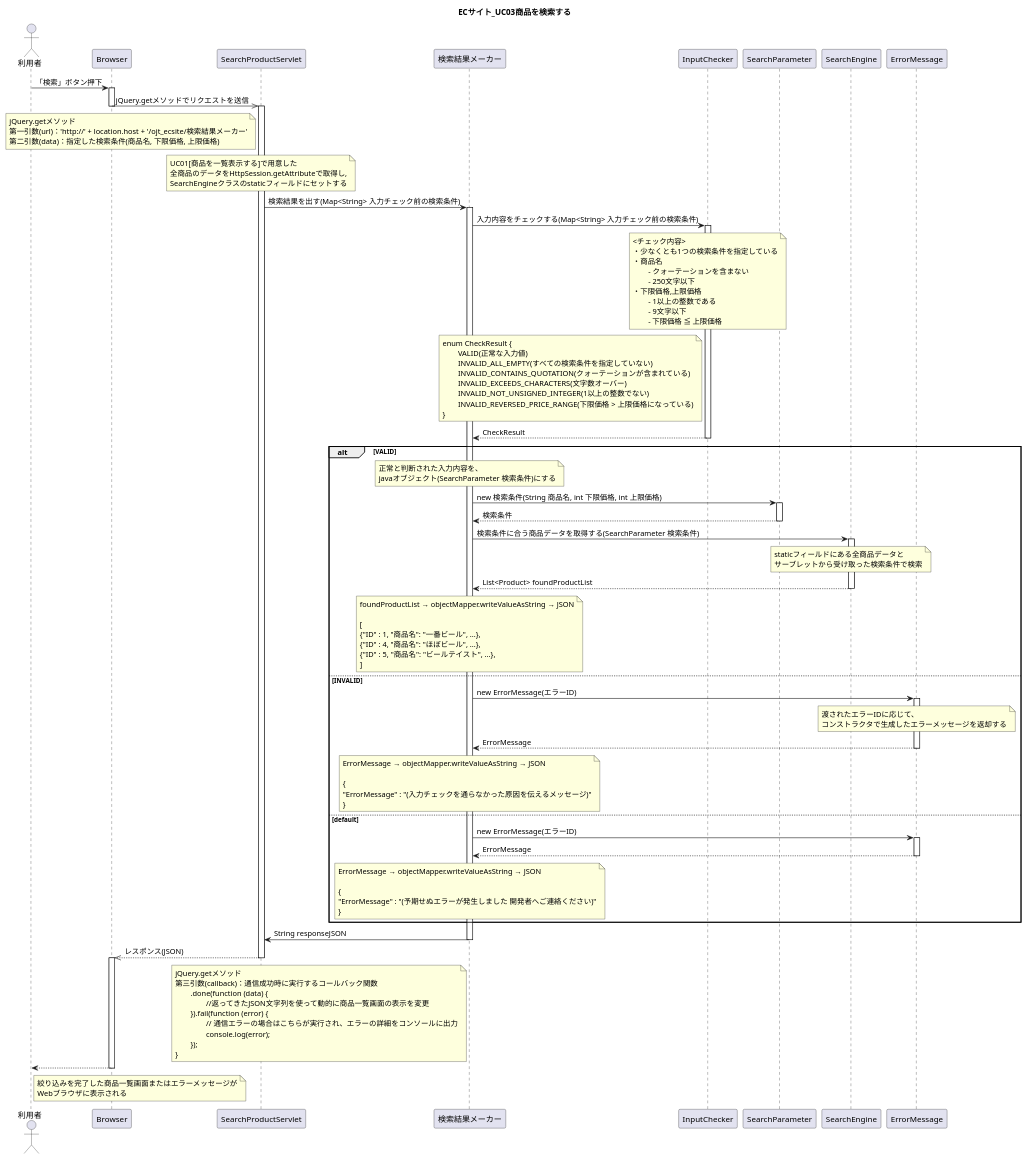
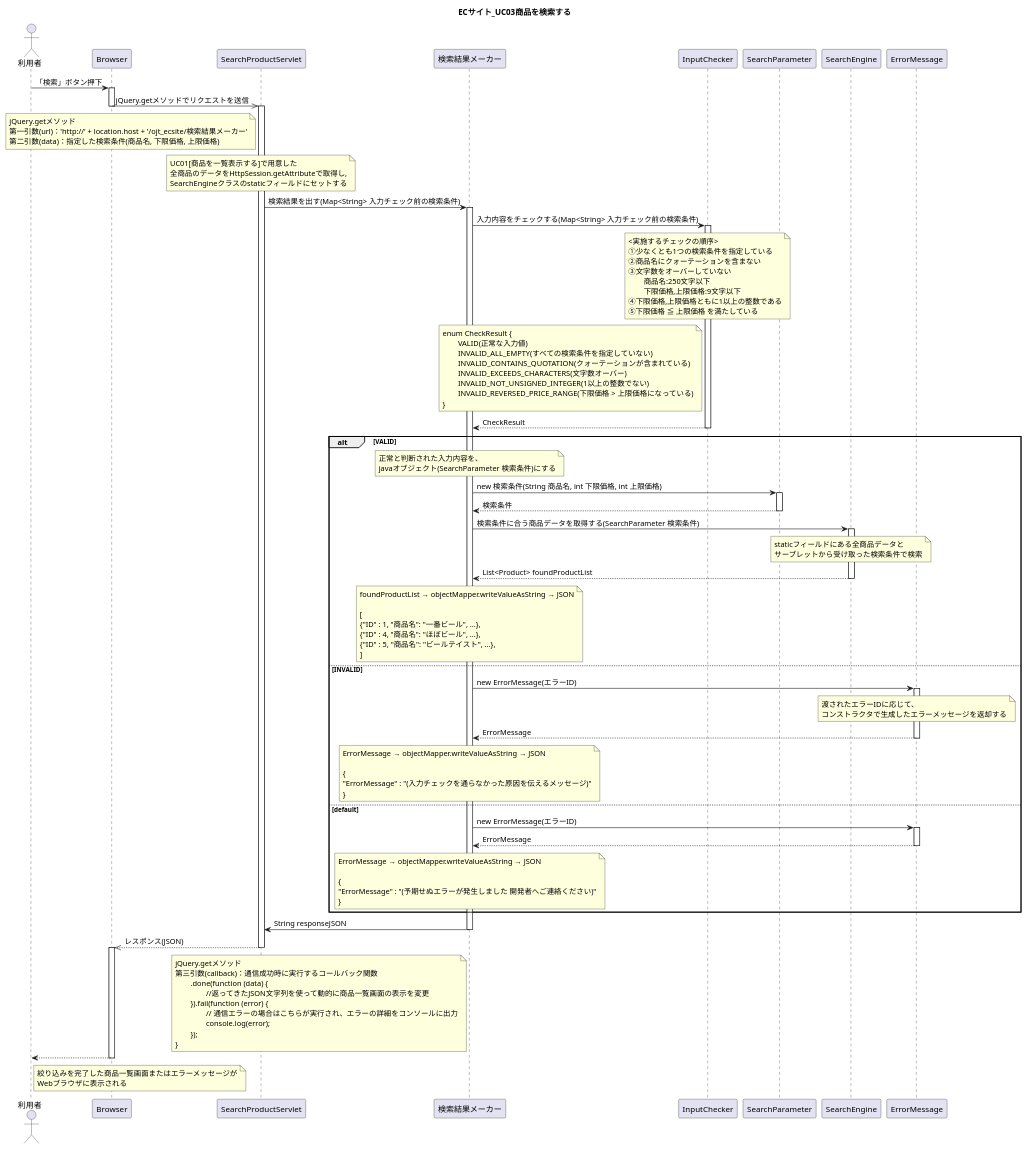
The diagram in UML/Sequence03.puml (wnakayama/ojt_ecsite), drawn with PlantUML before and after one commit. The commit also changed 1 other file, not shown here.

```diff
--- a/UML/Sequence03.puml
+++ b/UML/Sequence03.puml
@@ -1,156 +1,155 @@
 @startuml
 title ECサイト_UC03商品を検索する
 
 actor 利用者
 
 利用者 -> Browser : 「検索」ボタン押下
 activate Browser
 
 Browser ->> SearchProductServlet : jQuery.getメソッドでリクエストを送信
 deactivate Browser
 activate SearchProductServlet
 
 	note left of SearchProductServlet
 	jQuery.getメソッド
 	第一引数(url)：'http://' + location.host + '/ojt_ecsite/検索結果メーカー'
 	第二引数(data)：指定した検索条件(商品名, 下限価格, 上限価格)
 	end note
 
 	note over SearchProductServlet
 	UC01[商品を一覧表示する]で用意した
 	全商品のデータをHttpSession.getAttributeで取得し,
 	SearchEngineクラスのstaticフィールドにセットする
 	end note
 	
 SearchProductServlet -> 検索結果メーカー : 検索結果を出す(Map<String> 入力チェック前の検索条件)
 activate 検索結果メーカー
 
 検索結果メーカー -> InputChecker : 入力内容をチェックする(Map<String> 入力チェック前の検索条件)
 activate InputChecker
 
 	note over InputChecker
-	<チェック内容>
-	・少なくとも1つの検索条件を指定している
-	・商品名
-		- クォーテーションを含まない
-		- 250文字以下
-	・下限価格,上限価格
-		- 1以上の整数である
-		- 9文字以下
-		- 下限価格 ≦ 上限価格
+	<実施するチェックの順序>
+	①少なくとも1つの検索条件を指定している
+	②商品名にクォーテーションを含まない
+	③文字数をオーバーしていない
+		商品名:250文字以下
+		下限価格,上限価格:9文字以下
+	④下限価格,上限価格ともに1以上の整数である
+	⑤下限価格 ≦ 上限価格 を満たしている
 	end note
 
 	note left of InputChecker 
 	enum CheckResult {
 		VALID(正常な入力値)
 		INVALID_ALL_EMPTY(すべての検索条件を指定していない)
 		INVALID_CONTAINS_QUOTATION(クォーテーションが含まれている)
 		INVALID_EXCEEDS_CHARACTERS(文字数オーバー)
 		INVALID_NOT_UNSIGNED_INTEGER(1以上の整数でない)
 		INVALID_REVERSED_PRICE_RANGE(下限価格 > 上限価格になっている)
 	}
 	end note
 
 検索結果メーカー <-- InputChecker : CheckResult
 deactivate InputChecker
 
 
 alt VALID
 	
 	note over 検索結果メーカー
 	正常と判断された入力内容を、
 	javaオブジェクト(SearchParameter 検索条件)にする
 	end note
 
 検索結果メーカー -> SearchParameter : new 検索条件(String 商品名, int 下限価格, int 上限価格)
 activate SearchParameter
 検索結果メーカー <-- SearchParameter : 検索条件
 deactivate SearchParameter
 
 検索結果メーカー -> SearchEngine : 検索条件に合う商品データを取得する(SearchParameter 検索条件)
 activate SearchEngine
 
 	note over SearchEngine
 	staticフィールドにある全商品データと
 	サーブレットから受け取った検索条件で検索
 	end note
 
 検索結果メーカー <-- SearchEngine : List<Product> foundProductList
 deactivate SearchEngine
 
 	note over 検索結果メーカー
 	foundProductList → objectMapper.writeValueAsString → JSON
 
 	[
 	{"ID" : 1, "商品名": "一番ビール", ...},
 	{"ID" : 4, "商品名": "ほぼビール", ...},
 	{"ID" : 5, "商品名": "ビールテイスト", ...},
 	]
 	end note
 
 else INVALID
 
 検索結果メーカー -> ErrorMessage : new ErrorMessage(エラーID)
 activate ErrorMessage
 
 	note over ErrorMessage
 	渡されたエラーIDに応じて、
 	コンストラクタで生成したエラーメッセージを返却する
 	end note
 
 検索結果メーカー <-- ErrorMessage : ErrorMessage
 deactivate ErrorMessage
 
 	note over 検索結果メーカー
 	ErrorMessage → objectMapper.writeValueAsString → JSON
 
 	{
 	"ErrorMessage" : "(入力チェックを通らなかった原因を伝えるメッセージ)"
 	}
 	end note
 
 else default
 
 検索結果メーカー -> ErrorMessage : new ErrorMessage(エラーID)
 activate ErrorMessage
 検索結果メーカー <-- ErrorMessage : ErrorMessage
 deactivate ErrorMessage
 
 	note over 検索結果メーカー
 	ErrorMessage → objectMapper.writeValueAsString → JSON
 
 	{
 	"ErrorMessage" : "(予期せぬエラーが発生しました 開発者へご連絡ください)"
 	}
 	end note
 
 end
 
 SearchProductServlet <- 検索結果メーカー : String responseJSON
 deactivate 検索結果メーカー
 Browser <<-- SearchProductServlet : レスポンス(JSON)
 deactivate SearchProductServlet
 activate Browser
 
 	note left of 検索結果メーカー
 	jQuery.getメソッド
 	第三引数(callback)：通信成功時に実行するコールバック関数
 		.done(function (data) {
 			//返ってきたJSON文字列を使って動的に商品一覧画面の表示を変更
 		}).fail(function (error) {
 			// 通信エラーの場合はこちらが実行され、エラーの詳細をコンソールに出力
 			console.log(error);
 		});
 	}
 	end note
 
 
 利用者 <-- Browser
 	note right of 利用者
 	絞り込みを完了した商品一覧画面またはエラーメッセージが
 	Webブラウザに表示される
 	end note
 
 deactivate Browser
 
 @enduml
```
